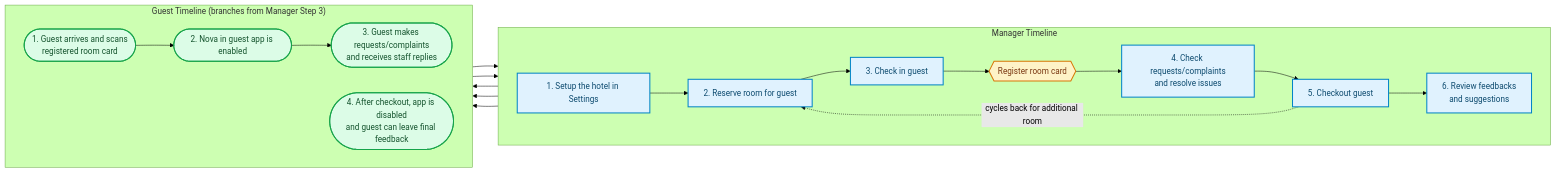
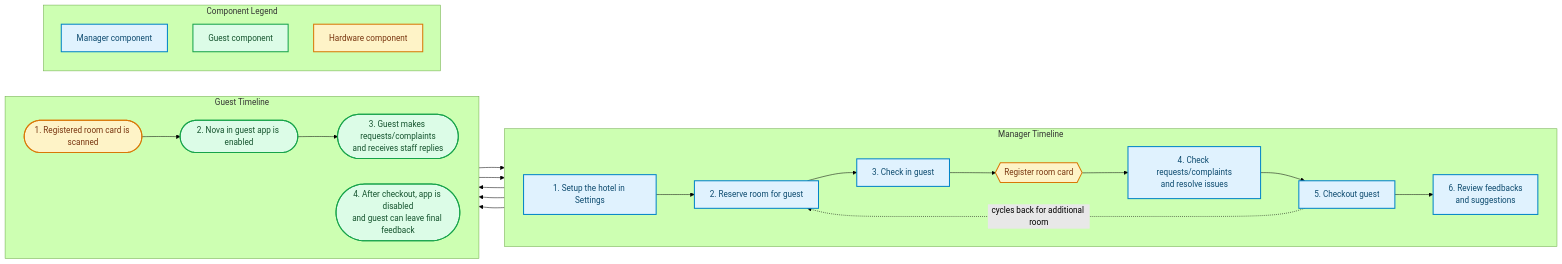
Before and after one commit to benz16107/Nova: the diagram in docs/nova-system-flowchart.md, drawn with Mermaid (forest theme). The commit also changed 1 other file, not shown here.

Commit message:
better UI

````diff
--- a/docs/nova-system-flowchart.md
+++ b/docs/nova-system-flowchart.md
@@ -3,47 +3,58 @@
 ```mermaid
 flowchart LR
     %% Manager Timeline
     subgraph MGR[Manager Timeline]
         direction LR
         M1[1. Setup the hotel in Settings]
         M2[2. Reserve room for guest]
         M3[3. Check in guest]
         HREG{{Register room card}}
         M4[4. Check requests/complaints\nand resolve issues]
         M5[5. Checkout guest]
         M6[6. Review feedbacks\nand suggestions]
     end
 
     %% Guest Timeline
-    subgraph GST["Guest Timeline (branches from Manager Step 3)"]
+    subgraph GST["Guest Timeline"]
         direction LR
-        G1([1. Guest arrives and scans\nregistered room card])
+        G1([1. Registered room card is scanned])
         G2([2. Nova in guest app is enabled])
         G3([3. Guest makes requests/complaints\nand receives staff replies])
         G4([4. After checkout, app is disabled\nand guest can leave final feedback])
     end
 
     %% Manager flow
     M1 --> M2 --> M3 --> HREG --> M4 --> M5 --> M6
     M5 -. cycles back for additional room .-> M2
 
     %% Branch from manager step 3 to guest flow
     M3 --> G1 --> G2 --> G3
 
     %% Guest-manager interaction for requests/replies
     G3 --> M4
     M4 --> G3
 
     %% Checkout impact on guest flow
     M5 --> G4
     G4 --> M6
 
+    %% Legend
+    subgraph LEG[Component Legend]
+        direction TB
+        LM[Manager component]
+        LG[Guest component]
+        LH[Hardware component]
+    end
+
     %% Visual coding by component
     classDef manager fill:#E0F2FE,stroke:#0284C7,stroke-width:2px,color:#0C4A6E;
     classDef guest fill:#DCFCE7,stroke:#16A34A,stroke-width:2px,color:#14532D;
     classDef hardware fill:#FEF3C7,stroke:#D97706,stroke-width:2px,color:#78350F;
 
     class M1,M2,M3,M4,M5,M6 manager;
-    class G1,G2,G3,G4 guest;
-    class HREG hardware;
+    class G2,G3,G4 guest;
+    class HREG,G1 hardware;
+    class LM manager;
+    class LG guest;
+    class LH hardware;
 ```
````
